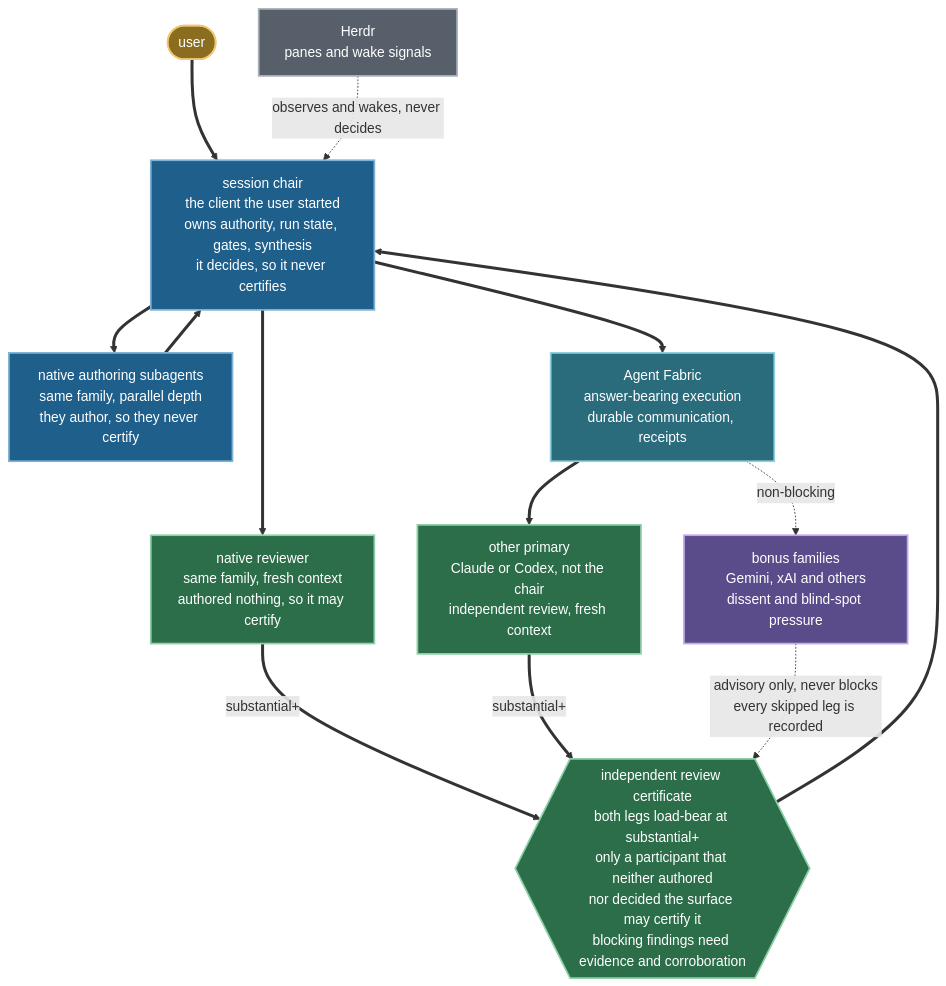
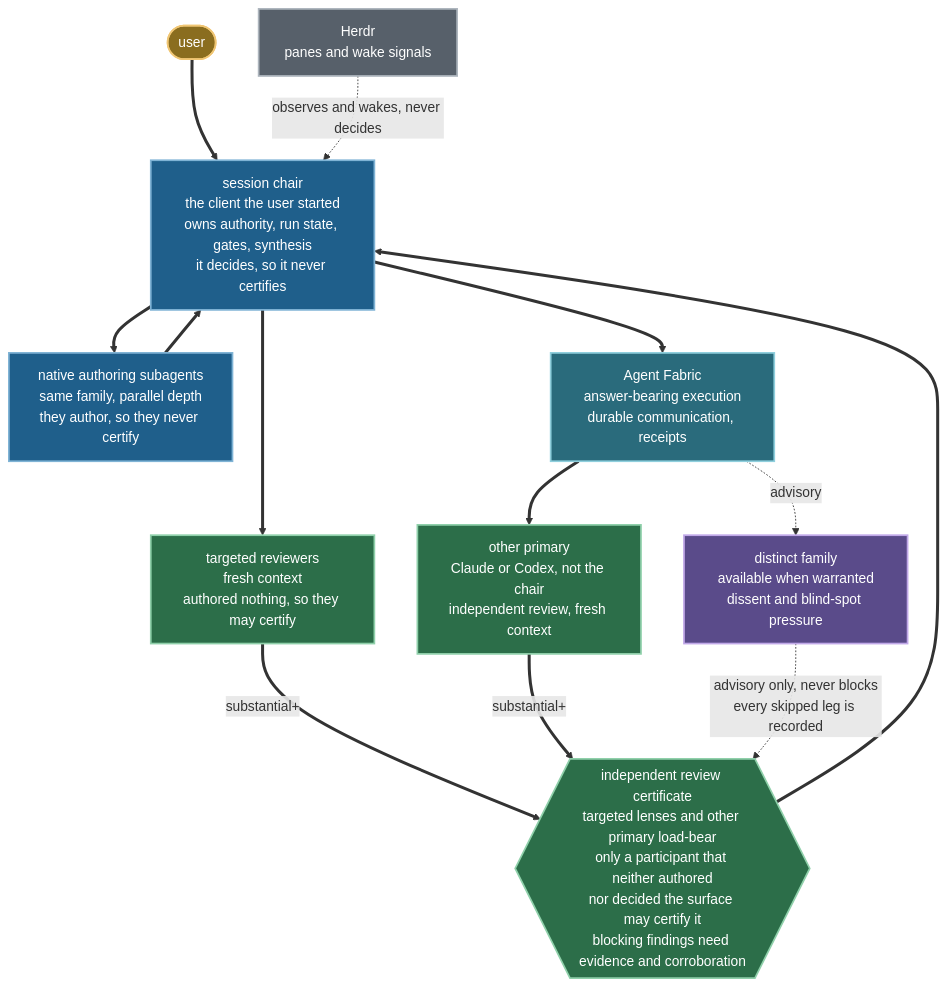
The third of 3 diagrams in docs/ARCHITECTURE.md (mblauberg/agent-harness), drawn with Mermaid before and after one commit. The commit also changed other lines of this file and 33 other files, not shown here.

First line of the commit message:
refactor(governance): simplify and unify the review-pressure ladder (#361)

````diff
--- a/docs/ARCHITECTURE.md
+++ b/docs/ARCHITECTURE.md
@@ -255,37 +259,37 @@
 ```mermaid
 flowchart TB
     accTitle: Review topology, blocking and non-blocking legs
-    accDescr: The user starts one client, and that client is the session chair. The chair fans out to native authoring subagents in its own family for parallel depth; because they write the work they may never certify it, and neither may the chair, which decides. Review then runs on two load-bearing legs from the substantial tier upwards. The first is a fresh-context native reviewer in the chair's own family that never authored the surface under review. The second reaches the other primary family through Agent Fabric. Both legs are drawn solid because either can block the run, and the delivery validator rejects a receipt that reaches acceptance missing either one. Bonus families such as Gemini and xAI attach through the same fabric as advisory pressure, drawn dashed because they never block on absence, quota or failure; a skipped leg is recorded. Herdr observes and wakes, drawn dotted, and never decides. Only a participant that neither authored nor decided the surface may sign the certificate.
+    accDescr: The user starts one client, and that client is the session chair. The chair fans out to native authoring subagents in its own family for parallel depth; because they write the work they may never certify it, and neither may the chair, which decides. Review then runs on targeted lenses and the other primary from the substantial tier upwards. Those legs are drawn solid because they can block the run; the delivery validator rejects a receipt that reaches acceptance missing either requirement. A distinct family attaches through the same fabric as advisory pressure, drawn dashed because availability is risk-scaled and any skip is recorded. Herdr observes and wakes, drawn dotted, and never decides. Only a participant that neither authored nor decided the surface may sign the certificate.
     HU(["user"]) ==> CH
 
     CH["session chair<br/>the client the user started<br/>owns authority, run state, gates, synthesis<br/>it decides, so it never certifies"]
 
     CH ==> SUB["native authoring subagents<br/>same family, parallel depth<br/>they author, so they never certify"]
     SUB ==> CH
 
-    CH ==> NRV["native reviewer<br/>same family, fresh context<br/>authored nothing, so it may certify"]
+    CH ==> NRV["targeted reviewers<br/>fresh context<br/>authored nothing, so they may certify"]
     CH ==> AF["Agent Fabric<br/>answer-bearing execution<br/>durable communication, receipts"]
 
     AF ==> OP["other primary<br/>Claude or Codex, not the chair<br/>independent review, fresh context"]
-    AF -. "non-blocking" .-> BF["bonus families<br/>Gemini, xAI and others<br/>dissent and blind-spot pressure"]
+    AF -. "advisory" .-> BF["distinct family<br/>available when warranted<br/>dissent and blind-spot pressure"]
 
-    NRV == "substantial+" ==> CERT{{"independent review certificate<br/>both legs load-bear at substantial+<br/>only a participant that neither authored<br/>nor decided the surface may certify it<br/>blocking findings need evidence and corroboration"}}
+    NRV == "substantial+" ==> CERT{{"independent review certificate<br/>targeted lenses and other primary load-bear<br/>only a participant that neither authored<br/>nor decided the surface may certify it<br/>blocking findings need evidence and corroboration"}}
     OP == "substantial+" ==> CERT
     BF -. "advisory only, never blocks<br/>every skipped leg is recorded" .-> CERT
 
     CERT ==> CH
     HD["Herdr<br/>panes and wake signals"] -. "observes and wakes, never decides" .-> CH
 
     classDef user fill:#8a6d1f,stroke:#f0c674,color:#ffffff,stroke-width:2px
     classDef actor fill:#1f5f8b,stroke:#7fb3d5,color:#ffffff,stroke-width:2px
     classDef transport fill:#2a6b7c,stroke:#8fcfdd,color:#ffffff,stroke-width:2px
     classDef blocking fill:#2c6e49,stroke:#8fd0aa,color:#ffffff,stroke-width:2px
     classDef advisory fill:#5a4b8a,stroke:#c0a8e8,color:#ffffff,stroke-width:2px
     classDef inert fill:#57606a,stroke:#adb5bd,color:#ffffff,stroke-width:2px
     class HU user
     class CH,SUB actor
     class AF transport
     class NRV,OP,CERT blocking
     class BF advisory
     class HD inert
 ```
````
